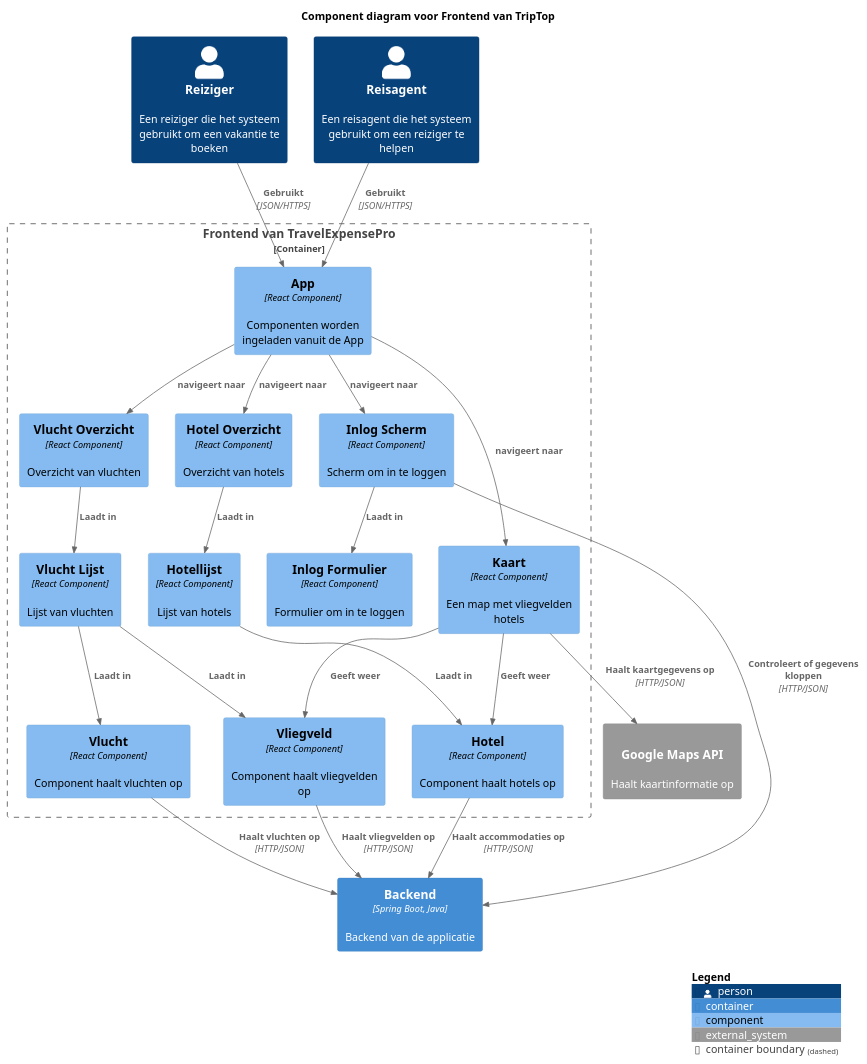
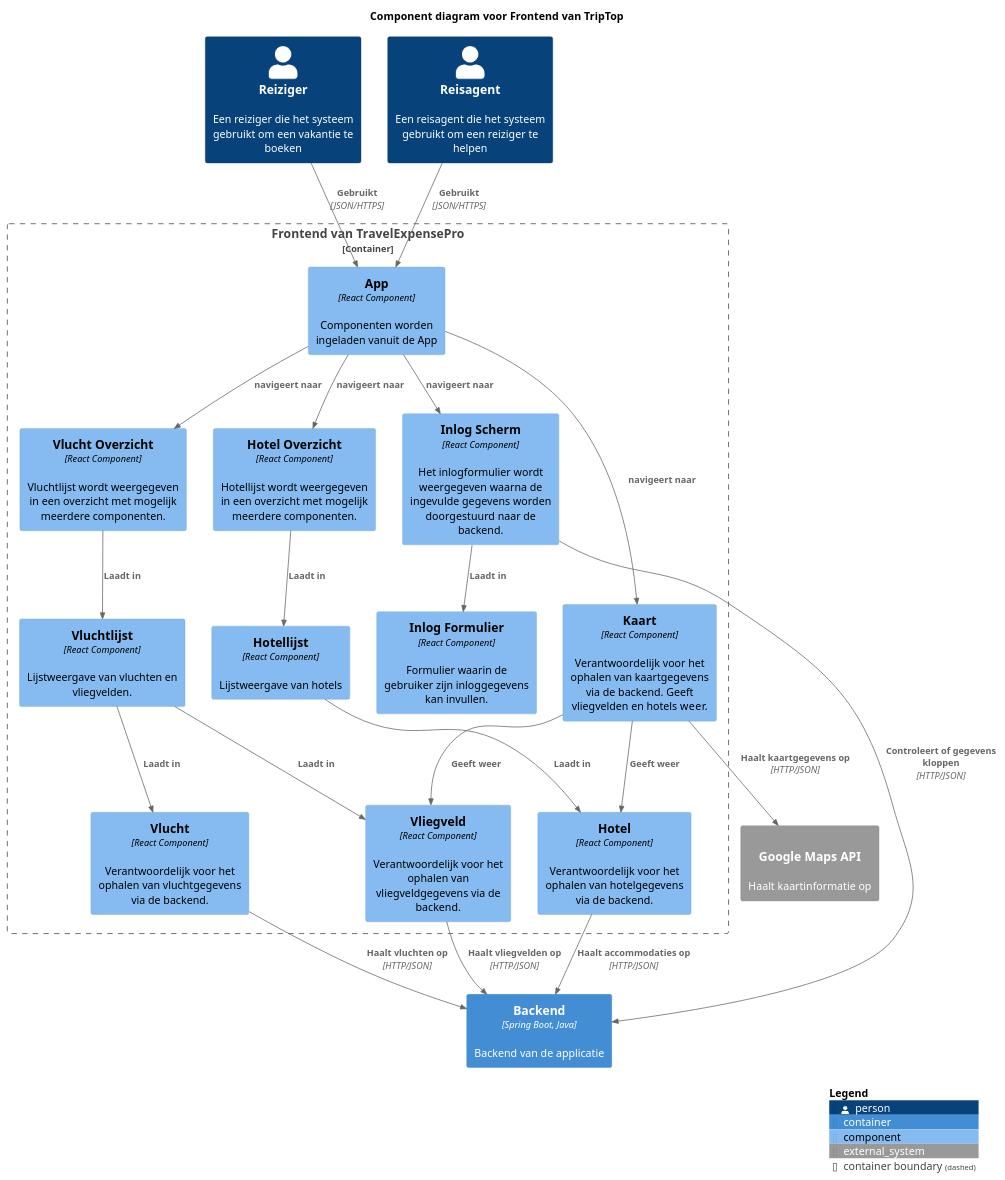
The diagram in C4_diagrammen/componentDiagramFrontEnd.puml (AIM-ENE-feb25/triptop-groep-b4), drawn with PlantUML before and after one commit. The commit also changed 5 other files, not shown here.

Commit message:
Component diagrams + SGB + class diagram

```diff
--- a/C4_diagrammen/componentDiagramFrontEnd.puml
+++ b/C4_diagrammen/componentDiagramFrontEnd.puml
@@ -1,50 +1,50 @@
 @startuml
 !include https://raw.githubusercontent.com/plantuml-stdlib/C4-PlantUML/master/C4_Component.puml
 ' uncomment the following line and comment the first to use locally
 ' !include C4_Component.puml
 
 LAYOUT_WITH_LEGEND()
 
 title Component diagram voor Frontend van TripTop
 
 Person(Reiziger, "Reiziger", "Een reiziger die het systeem gebruikt om een vakantie te boeken")
 Person(Reisagent, "Reisagent", "Een reisagent die het systeem gebruikt om een reiziger te helpen")
 
 Container_Boundary(api, "Frontend van TravelExpensePro") {
     Component(App, "App", "React Component", "Componenten worden ingeladen vanuit de App")
-    Component(InlogScherm, "Inlog Scherm", "React Component", "Scherm om in te loggen")
-    Component(InlogFormulier, "Inlog Formulier", "React Component", "Formulier om in te loggen")
-    Component(Kaart, "Kaart", "React Component", "Een map met vliegvelden hotels")
-    Component(HotelOverzicht, "Hotel Overzicht", "React Component", "Overzicht van hotels")
-    Component(HotelLijst, "Hotellijst", "React Component", "Lijst van hotels")
-    Component(Hotel, "Hotel", "React Component", "Component haalt hotels op")
-    Component(VluchtOverzicht, "Vlucht Overzicht", "React Component", "Overzicht van vluchten")
-    Component(VluchtLijst, "Vlucht Lijst", "React Component", "Lijst van vluchten")
-    Component(Vlucht, "Vlucht", "React Component", "Component haalt vluchten op")
-    Component(Vliegveld, "Vliegveld", "React Component", "Component haalt vliegvelden op")
+    Component(InlogScherm, "Inlog Scherm", "React Component", "Het inlogformulier wordt weergegeven waarna de ingevulde gegevens worden doorgestuurd naar de backend.")
+    Component(InlogFormulier, "Inlog Formulier", "React Component", "Formulier waarin de gebruiker zijn inloggegevens kan invullen.")
+    Component(Kaart, "Kaart", "React Component", "Verantwoordelijk voor het ophalen van kaartgegevens via de backend. Geeft vliegvelden en hotels weer.")
+    Component(HotelOverzicht, "Hotel Overzicht", "React Component", "Hotellijst wordt weergegeven in een overzicht met mogelijk meerdere componenten.")
+    Component(HotelLijst, "Hotellijst", "React Component", "Lijstweergave van hotels")
+    Component(Hotel, "Hotel", "React Component", "Verantwoordelijk voor het ophalen van hotelgegevens via de backend.")
+    Component(VluchtOverzicht, "Vlucht Overzicht", "React Component", "Vluchtlijst wordt weergegeven in een overzicht met mogelijk meerdere componenten.")
+    Component(VluchtLijst, "Vluchtlijst", "React Component", "Lijstweergave van vluchten en vliegvelden.")
+    Component(Vlucht, "Vlucht", "React Component", "Verantwoordelijk voor het ophalen van vluchtgegevens via de backend.")
+    Component(Vliegveld, "Vliegveld", "React Component", "Verantwoordelijk voor het ophalen van vliegveldgegevens via de backend.")
 
     Rel(Reiziger, App, "Gebruikt", "JSON/HTTPS")
     Rel(Reisagent, App, "Gebruikt", "JSON/HTTPS")
     Rel(App, InlogScherm, "navigeert naar")
     Rel(App, Kaart, "navigeert naar")
     Rel(App, HotelOverzicht, "navigeert naar")
     Rel(InlogScherm, InlogFormulier, "Laadt in")
     Rel(HotelOverzicht, HotelLijst, "Laadt in")
     Rel(HotelLijst, Hotel, "Laadt in")
     Rel(Kaart, Hotel, "Geeft weer")
     Rel(Kaart, Vliegveld, "Geeft weer")
     Rel(App, VluchtOverzicht, "navigeert naar")
     Rel(VluchtOverzicht, VluchtLijst, "Laadt in")
     Rel(VluchtLijst, Vlucht, "Laadt in")
     Rel(VluchtLijst, Vliegveld, "Laadt in")
 }
 
 Container(backend, "Backend", "Spring Boot, Java", "Backend van de applicatie")
 System_Ext(GoogleMapsAPI, "Google Maps API", "Haalt kaartinformatie op", "HTTP/JSON")
 Rel(InlogScherm, backend, "Controleert of gegevens kloppen", "HTTP/JSON")
 Rel(Hotel, backend, "Haalt accommodaties op", "HTTP/JSON")
 Rel(Vlucht, backend, "Haalt vluchten op", "HTTP/JSON")
 Rel(Vliegveld, backend, "Haalt vliegvelden op", "HTTP/JSON")
 Rel(Kaart, GoogleMapsAPI, "Haalt kaartgegevens op", "HTTP/JSON")
 SHOW_LEGEND()
 @enduml
```
